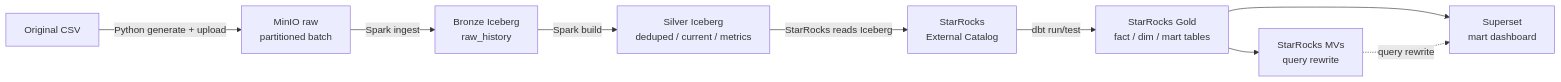
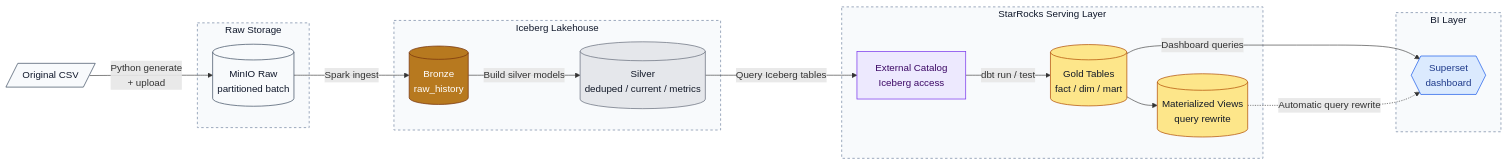
One commit to tda216/StarRocks_dataflow changed the diagram in README.md. Above: the diagram before and after it, drawn with Mermaid.

Commit message:
Enhance flowchart and add class definitions
Updated flowchart and class definitions in README.

````diff
--- a/README.md
+++ b/README.md
@@ -16,20 +16,55 @@
 ```mermaid
 flowchart LR
-    A["Original CSV"]
-    B["MinIO raw<br/>partitioned batch"]
-    C["Bronze Iceberg<br/>raw_history"]
-    D["Silver Iceberg<br/>deduped / current / metrics"]
-    E["StarRocks<br/>External Catalog"]
-    F["StarRocks Gold<br/>fact / dim / mart tables"]
-    G["StarRocks MVs<br/>query rewrite"]
-    H["Superset<br/>mart dashboard"]
+    %% =========================
+    %% Class Definitions
+    %% =========================
+    classDef source fill:#f8fafc,stroke:#475569,stroke-width:1.2px,color:#0f172a;
+    classDef bronze fill:#b7791f,stroke:#78350f,stroke-width:1.2px,color:#ffffff;
+    classDef silver fill:#e5e7eb,stroke:#6b7280,stroke-width:1.2px,color:#111827;
+    classDef gold fill:#fde68a,stroke:#b45309,stroke-width:1.2px,color:#111827;
+    classDef catalog fill:#ede9fe,stroke:#7c3aed,stroke-width:1.2px,color:#3b0764;
+    classDef bi fill:#dbeafe,stroke:#2563eb,stroke-width:1.2px,color:#1e3a8a;
+    classDef cluster fill:#f8fafc,stroke:#94a3b8,stroke-width:1.5px,stroke-dasharray: 4 4,color:#0f172a;
 
-    A -- "Python generate + upload" --> B
-    B -- "Spark ingest" --> C
-    C -- "Spark build" --> D
-    D -- "StarRocks reads Iceberg" --> E
-    E -- "dbt run/test" --> F
-    F --> H
+    %% =========================
+    %% Nodes
+    %% =========================
+    A[/"Original CSV"/]:::source
+
+    subgraph S1["Raw Storage"]
+        B[("MinIO Raw<br/>partitioned batch")]:::source
+    end
+
+    subgraph S2["Iceberg Lakehouse"]
+        C[("Bronze<br/>raw_history")]:::bronze
+        D[("Silver<br/>deduped / current / metrics")]:::silver
+    end
+
+    subgraph S3["StarRocks Serving Layer"]
+        E["External Catalog<br/>Iceberg access"]:::catalog
+        F[("Gold Tables<br/>fact / dim / mart")]:::gold
+        G[("Materialized Views<br/>query rewrite")]:::gold
+    end
+
+    subgraph S4["BI Layer"]
+        H{{"Superset<br/>dashboard"}}:::bi
+    end
+
+    %% =========================
+    %% Cluster Styling
+    %% =========================
+    class S1,S2,S3,S4 cluster
+
+    %% =========================
+    %% Flow
+    %% =========================
+    A -->|Python generate<br/>+ upload| B
+    B -->|Spark ingest| C
+    C -->|Build silver models| D
+    D -->|Query Iceberg tables| E
+    E -->|dbt run / test| F
+
+    F -->|Dashboard queries| H
     F --> G
-    G -. "query rewrite" .-> H
+    G -.->|Automatic query rewrite| H
 ```
````
